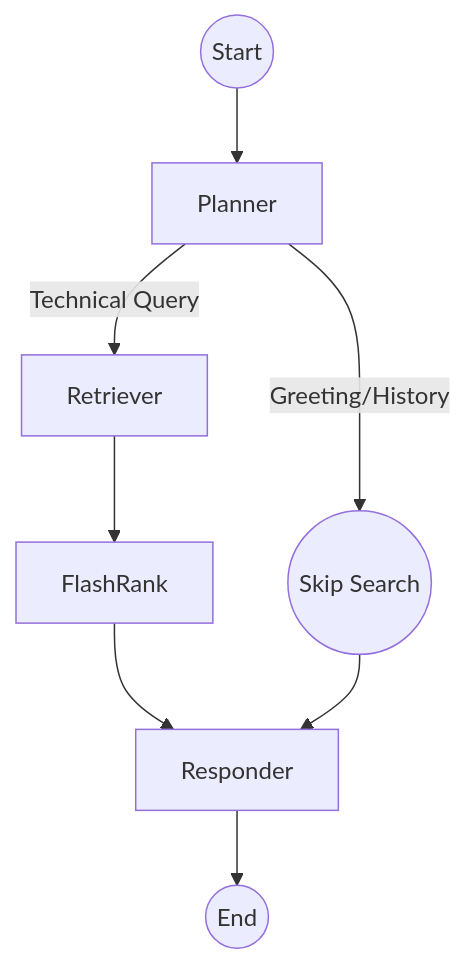
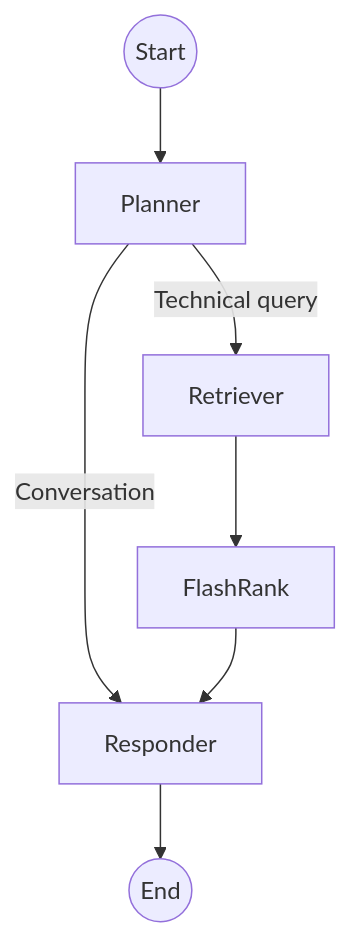
One commit to DemonJ01/ContextForge-RAG changed the diagram in docs/rag_agent_nodes.md. Above: the diagram before and after it, drawn with Mermaid. The commit also changed other lines of this file and 25 other files, not shown here.

````diff
--- a/docs/rag_agent_nodes.md
+++ b/docs/rag_agent_nodes.md
@@ -39,10 +32,9 @@
 ```mermaid
 graph TD
     Start((Start)) --> Planner[Planner]
-    Planner -->|Technical Query| Retriever[Retriever]
-    Planner -->|Greeting/History| Skip((Skip Search))
+    Planner -->|Technical query| Retriever[Retriever]
+    Planner -->|Conversation| Responder[Responder]
     Retriever --> Rerank[FlashRank]
-    Rerank --> Responder[Responder]
-    Skip --> Responder
+    Rerank --> Responder
     Responder --> End((End))
 ```
````
